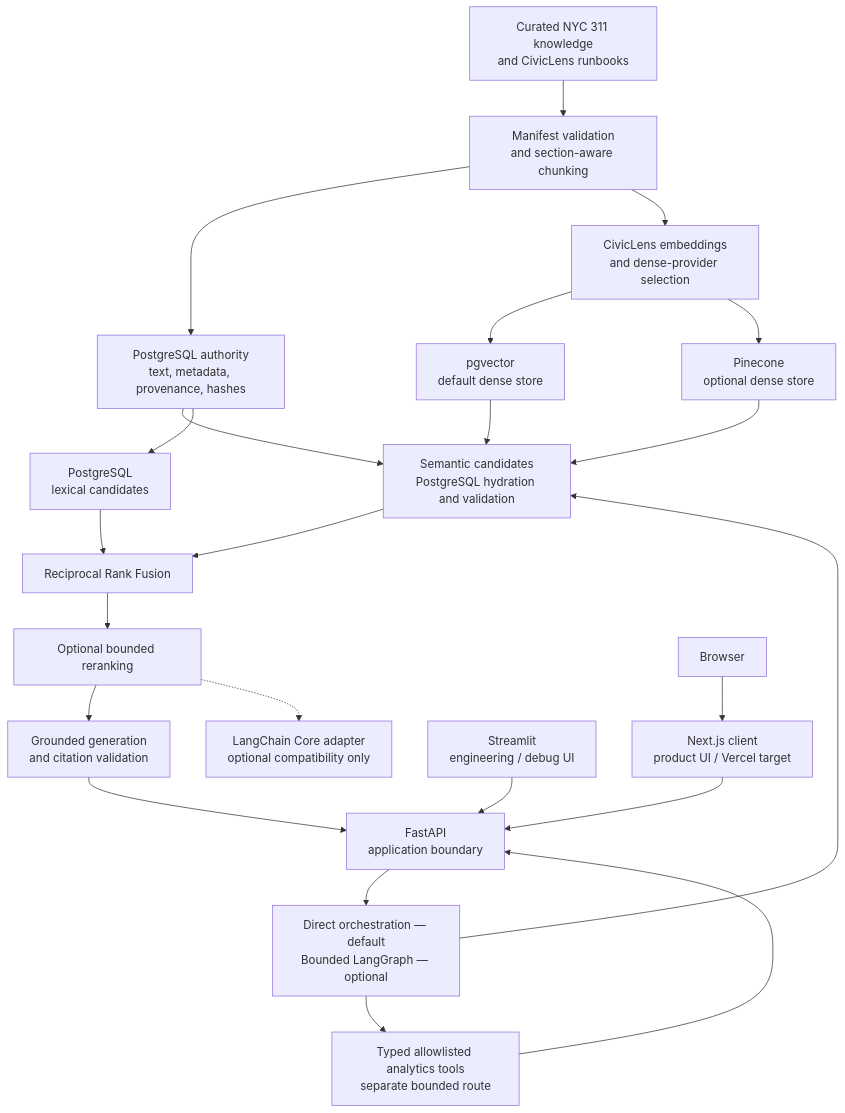
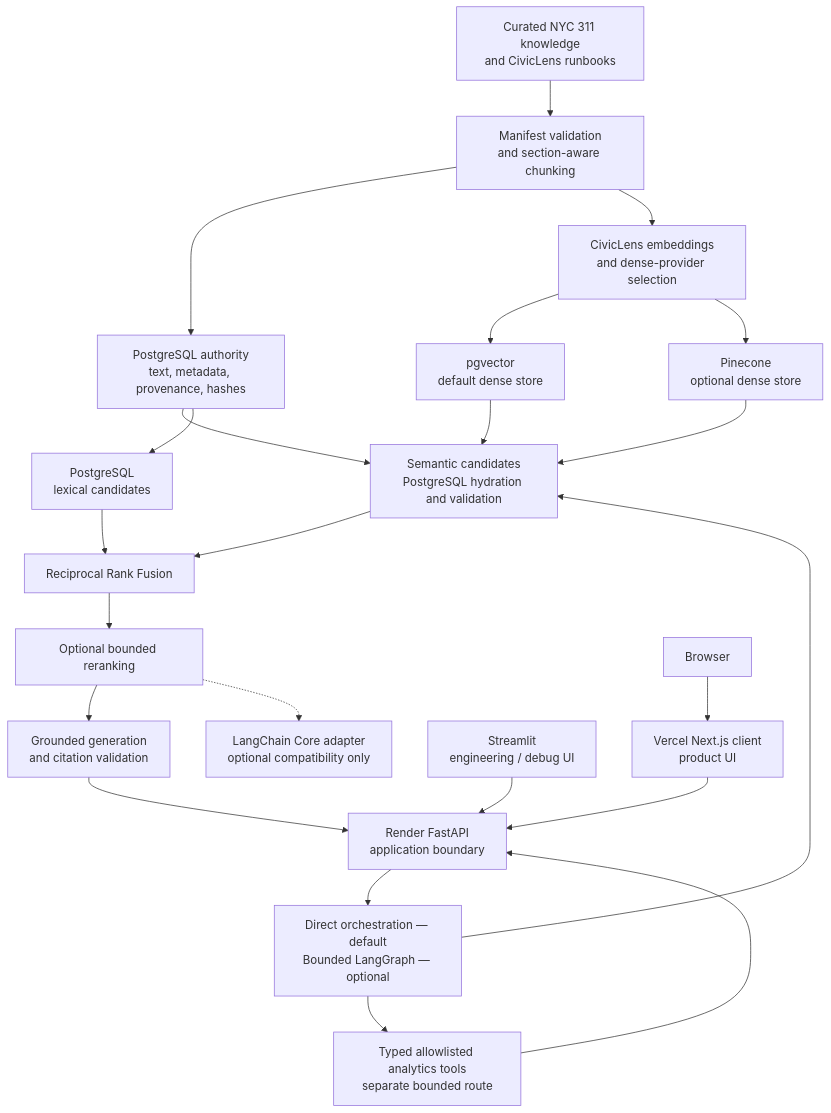
Before and after one commit to rihua-tech/civiclens-rag-nyc311: the diagram in README.md, drawn with Mermaid. The commit also changed other lines of this file and 2 other files, not shown here.

````diff
--- a/README.md
+++ b/README.md
@@ -22,44 +24,44 @@
 ```mermaid
 flowchart TD
     sources["Curated NYC 311 knowledge<br/>and CivicLens runbooks"]
     ingestion["Manifest validation<br/>and section-aware chunking"]
     postgres["PostgreSQL authority<br/>text, metadata, provenance, hashes"]
     embeddings["CivicLens embeddings<br/>and dense-provider selection"]
     pgvector["pgvector<br/>default dense store"]
     pinecone["Pinecone<br/>optional dense store"]
     dense["Semantic candidates<br/>PostgreSQL hydration and validation"]
     lexical["PostgreSQL<br/>lexical candidates"]
     rrf["Reciprocal Rank Fusion"]
     rerank["Optional bounded reranking"]
     grounded["Grounded generation<br/>and citation validation"]
-    fastapi["FastAPI<br/>application boundary"]
+    fastapi["Render FastAPI<br/>application boundary"]
     orchestration["Direct orchestration — default<br/>Bounded LangGraph — optional"]
     analytics["Typed allowlisted analytics tools<br/>separate bounded route"]
     browser["Browser"]
-    nextjs["Next.js client<br/>product UI / Vercel target"]
+    nextjs["Vercel Next.js client<br/>product UI"]
     streamlit["Streamlit<br/>engineering / debug UI"]
     langchain["LangChain Core adapter<br/>optional compatibility only"]
 
     sources --> ingestion
     ingestion --> postgres
     ingestion --> embeddings
     embeddings --> pgvector
     embeddings --> pinecone
     pgvector --> dense
     pinecone --> dense
     postgres --> dense
     postgres --> lexical
     fastapi --> orchestration
     orchestration --> dense
     orchestration --> analytics
     dense --> rrf
     lexical --> rrf
     rrf --> rerank
     rerank --> grounded
     grounded --> fastapi
     analytics --> fastapi
     browser --> nextjs
     nextjs --> fastapi
     streamlit --> fastapi
     rerank -.-> langchain
 ```
````
